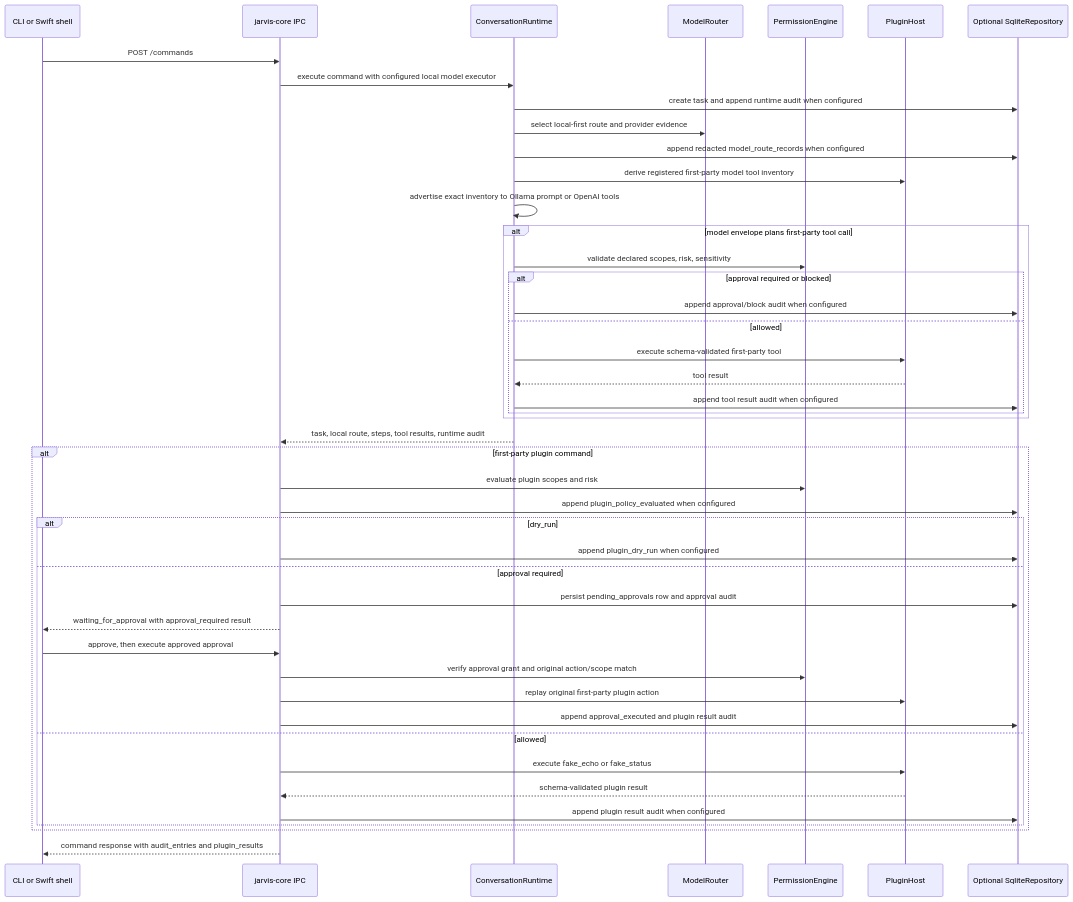
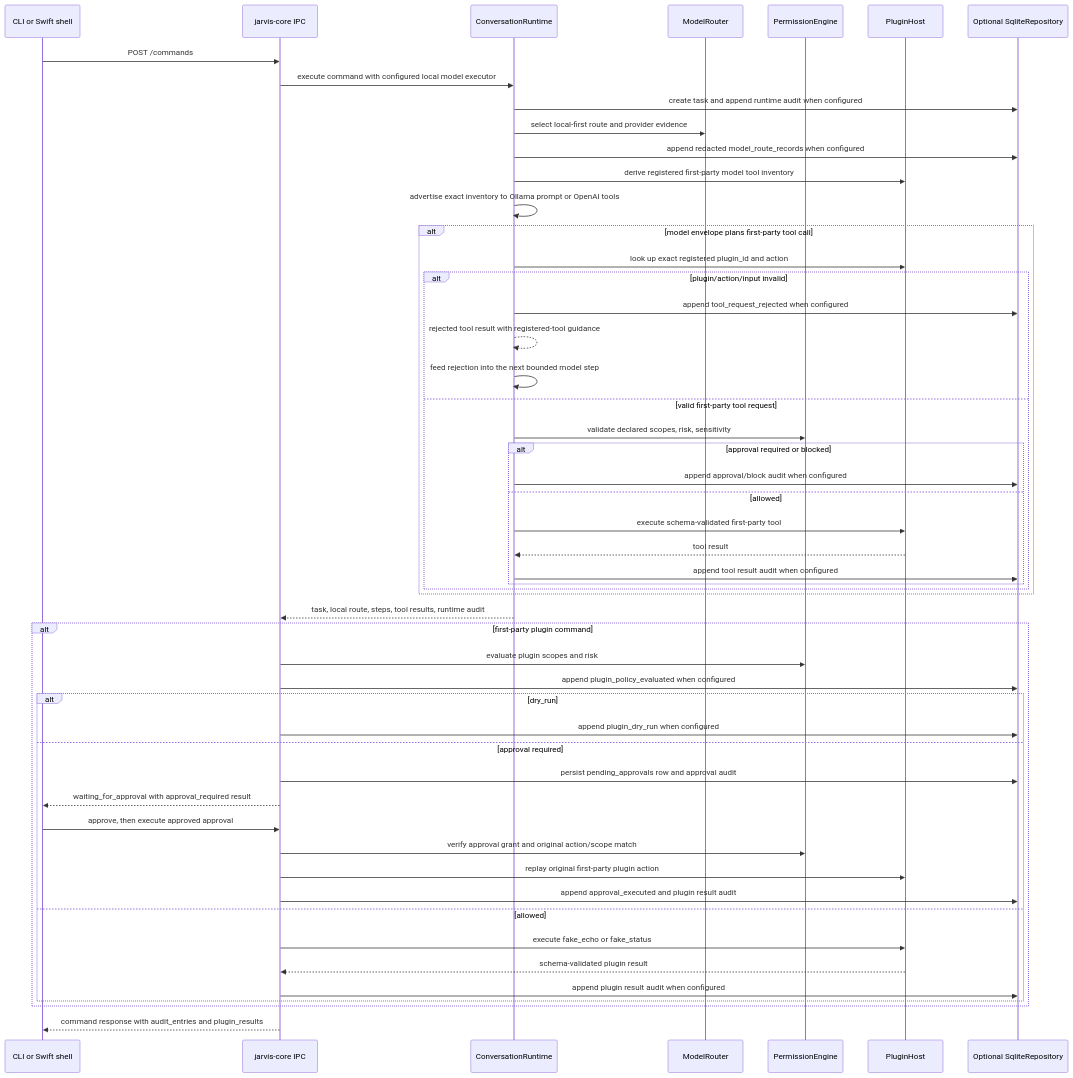
One commit to malak333/Assemblywright changed the second of 4 diagrams in docs/architecture-map.md. Above: the diagram before and after it, drawn with Mermaid. The commit also changed 5 other files, not shown here.

Commit message:
Improve model tool catalog discoverability

````diff
--- a/docs/architecture-map.md
+++ b/docs/architecture-map.md
@@ -403,48 +403,55 @@
 ```mermaid
 sequenceDiagram
     participant Client as CLI or Swift shell
     participant IPC as jarvis-core IPC
     participant Runtime as ConversationRuntime
     participant Router as ModelRouter
     participant Policy as PermissionEngine
     participant Plugins as PluginHost
     participant Store as Optional SqliteRepository
 
     Client->>IPC: POST /commands
     IPC->>Runtime: execute command with configured local model executor
     Runtime->>Store: create task and append runtime audit when configured
     Runtime->>Router: select local-first route and provider evidence
     Runtime->>Store: append redacted model_route_records when configured
     Runtime->>Plugins: derive registered first-party model tool inventory
     Runtime->>Runtime: advertise exact inventory to Ollama prompt or OpenAI tools
     alt model envelope plans first-party tool call
+        Runtime->>Plugins: look up exact registered plugin_id and action
+        alt plugin/action/input invalid
+            Runtime->>Store: append tool_request_rejected when configured
+            Runtime-->>Runtime: rejected tool result with registered-tool guidance
+            Runtime->>Runtime: feed rejection into the next bounded model step
+        else valid first-party tool request
         Runtime->>Policy: validate declared scopes, risk, sensitivity
         alt approval required or blocked
             Runtime->>Store: append approval/block audit when configured
         else allowed
             Runtime->>Plugins: execute schema-validated first-party tool
             Plugins-->>Runtime: tool result
             Runtime->>Store: append tool result audit when configured
+        end
         end
     end
     Runtime-->>IPC: task, local route, steps, tool results, runtime audit
     alt first-party plugin command
         IPC->>Policy: evaluate plugin scopes and risk
         IPC->>Store: append plugin_policy_evaluated when configured
         alt dry_run
             IPC->>Store: append plugin_dry_run when configured
         else approval required
             IPC->>Store: persist pending_approvals row and approval audit
             IPC-->>Client: waiting_for_approval with approval_required result
             Client->>IPC: approve, then execute approved approval
             IPC->>Policy: verify approval grant and original action/scope match
             IPC->>Plugins: replay original first-party plugin action
             IPC->>Store: append approval_executed and plugin result audit
         else allowed
             IPC->>Plugins: execute fake_echo or fake_status
             Plugins-->>IPC: schema-validated plugin result
             IPC->>Store: append plugin result audit when configured
         end
     end
     IPC-->>Client: command response with audit_entries and plugin_results
 ```
````
